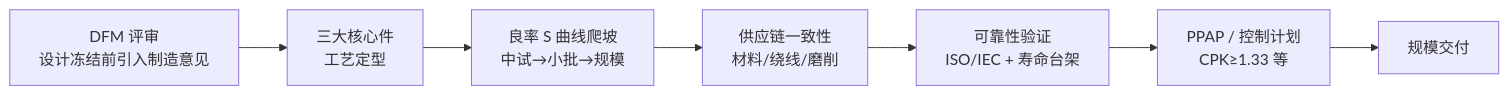
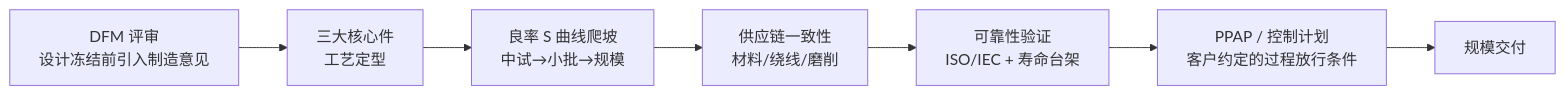
One commit to ImChong/Robotics_Notebooks changed the diagram in wiki/concepts/humanoid-mass-production-engineering.md. Above: the diagram before and after it, drawn with Mermaid. The commit also changed other lines of this file and 16 other files, not shown here.

````diff
--- a/wiki/concepts/humanoid-mass-production-engineering.md
+++ b/wiki/concepts/humanoid-mass-production-engineering.md
@@ -61,11 +65,11 @@
 ```mermaid
 flowchart LR
   DFM[DFM 评审<br/>设计冻结前引入制造意见]
   Proc[三大核心件<br/>工艺定型]
   Ramp[良率 S 曲线爬坡<br/>中试→小批→规模]
   SC[供应链一致性<br/>材料/绕线/磨削]
   Rel[可靠性验证<br/>ISO/IEC + 寿命台架]
-  PPAP[PPAP / 控制计划<br/>CPK≥1.33 等]
+  PPAP[PPAP / 控制计划<br/>客户约定的过程放行条件]
   Ship[规模交付]
   DFM --> Proc --> Ramp --> SC --> Rel --> PPAP --> Ship
 ```
````
